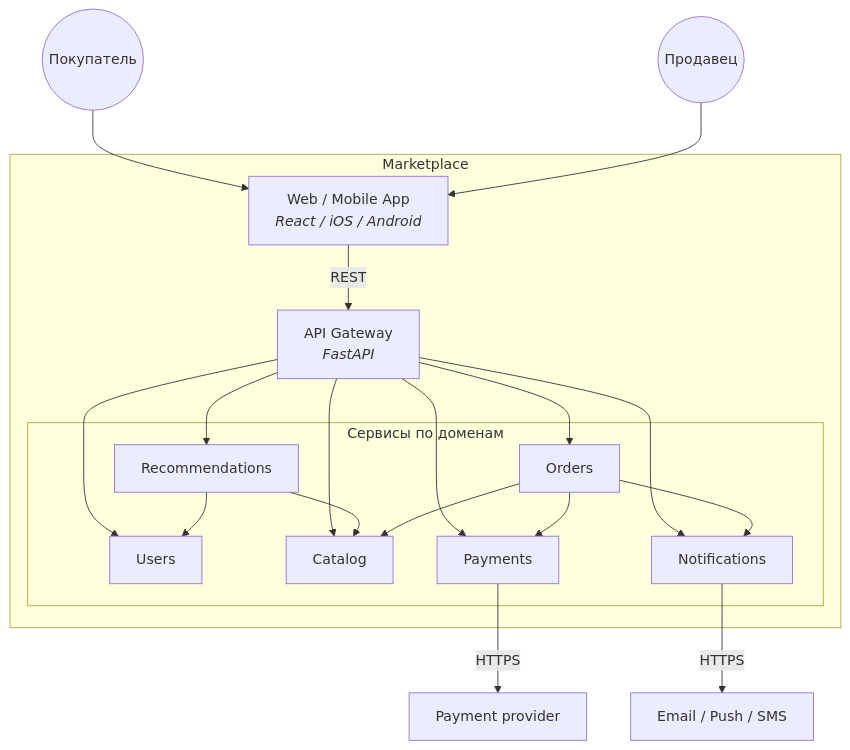
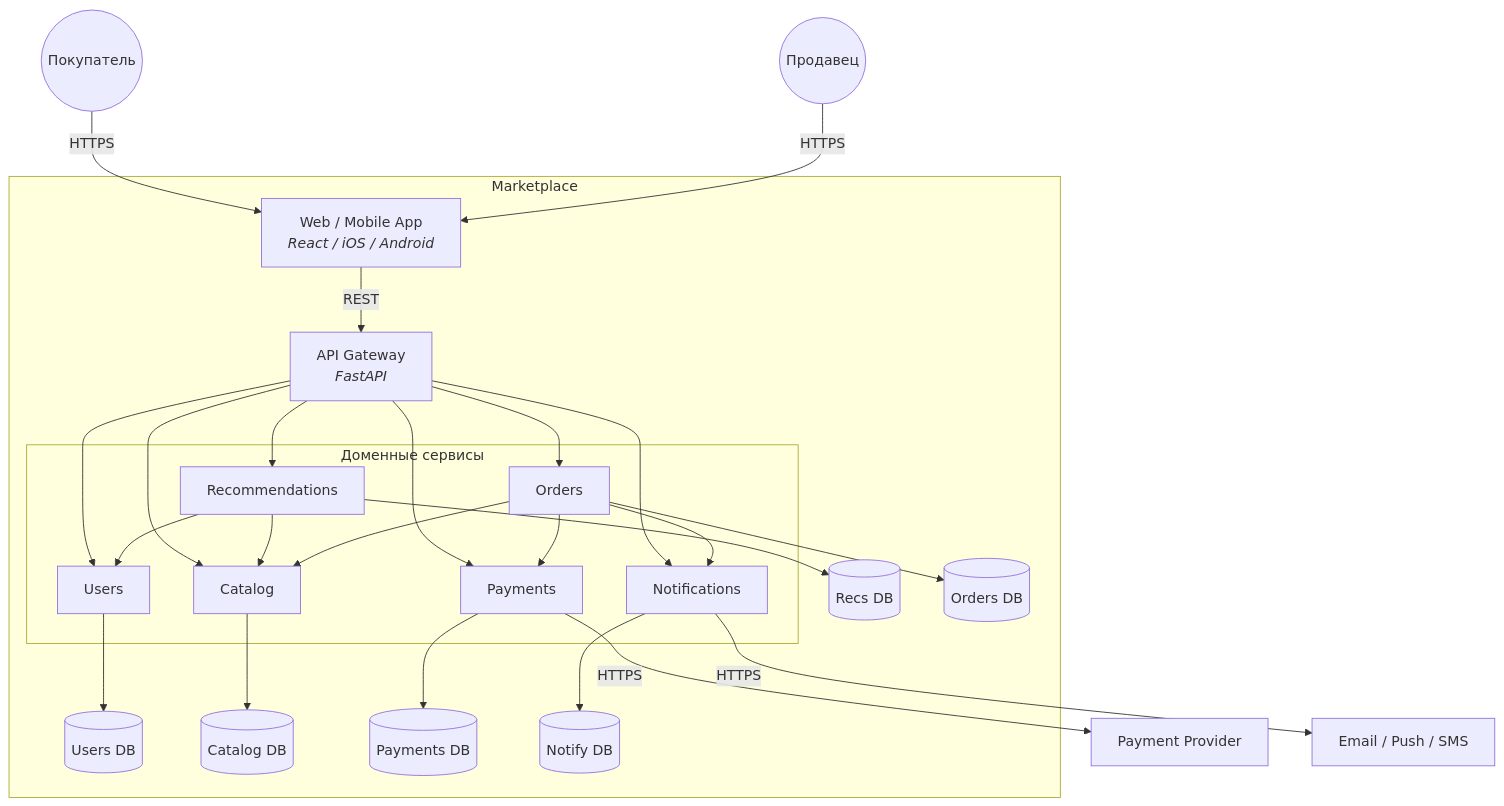
Before and after one commit to DaryaAndryeva/hw-1-Marketplace: the diagram in README.md, drawn with Mermaid. The commit also changed other lines of this file and 11 other files, not shown here.

````diff
--- a/README.md
+++ b/README.md
@@ -50,42 +24,56 @@
 ```mermaid
 flowchart TB
     buyer(("Покупатель"))
     seller(("Продавец"))
 
     subgraph mp["Marketplace"]
         web["Web / Mobile App<br/><i>React / iOS / Android</i>"]
         gw["API Gateway<br/><i>FastAPI</i>"]
 
-        subgraph services["Сервисы по доменам"]
+        subgraph services["Доменные сервисы"]
             users["Users"]
             catalog["Catalog"]
             recs["Recommendations"]
             orders["Orders"]
             payments["Payments"]
             notify["Notifications"]
         end
+
+        users_db[("Users DB")]
+        catalog_db[("Catalog DB")]
+        recs_db[("Recs DB")]
+        orders_db[("Orders DB")]
+        payments_db[("Payments DB")]
+        notify_db[("Notify DB")]
     end
 
-    psp["Payment provider"]
-    ch["Email / Push / SMS"]
+    psp["Payment Provider"]
+    channels["Email / Push / SMS"]
 
-    buyer --> web
-    seller --> web
+    buyer -- HTTPS --> web
+    seller -- HTTPS --> web
     web -- REST --> gw
 
     gw --> users
     gw --> catalog
     gw --> recs
     gw --> orders
     gw --> payments
     gw --> notify
 
     recs --> catalog
     recs --> users
     orders --> catalog
     orders --> payments
     orders --> notify
 
+    users --> users_db
+    catalog --> catalog_db
+    recs --> recs_db
+    orders --> orders_db
+    payments --> payments_db
+    notify --> notify_db
+
     payments -- HTTPS --> psp
-    notify -- HTTPS --> ch
+    notify -- HTTPS --> channels
 ```
````
